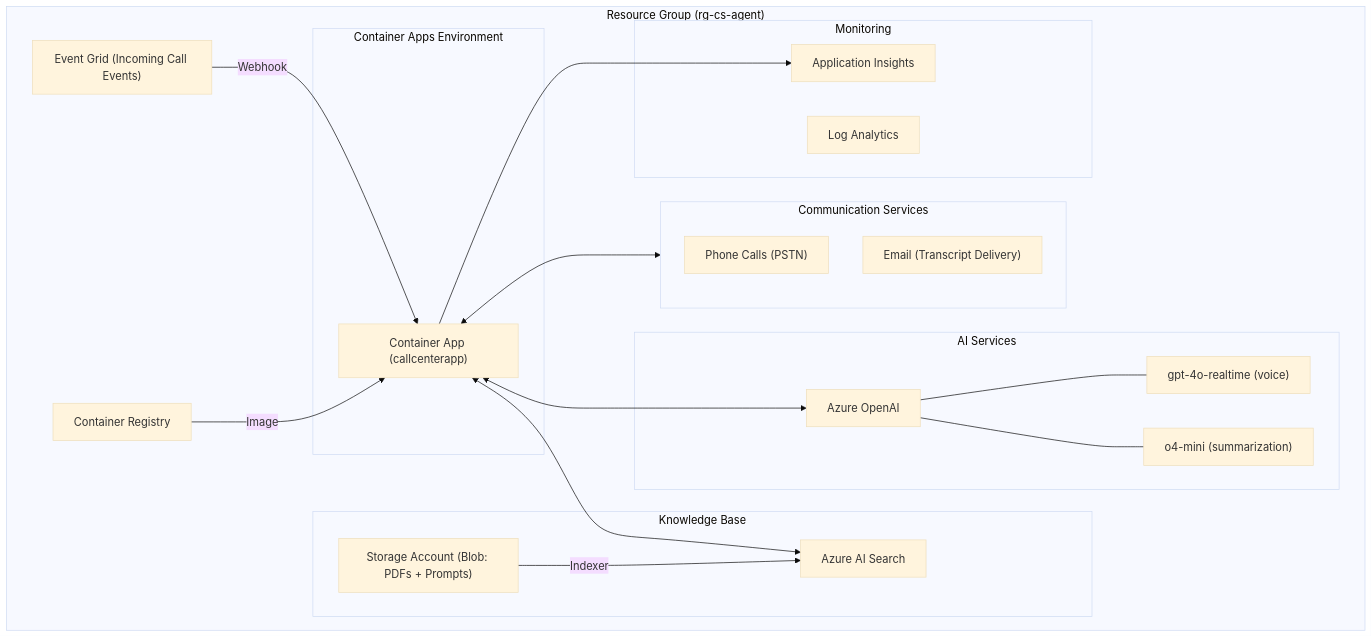
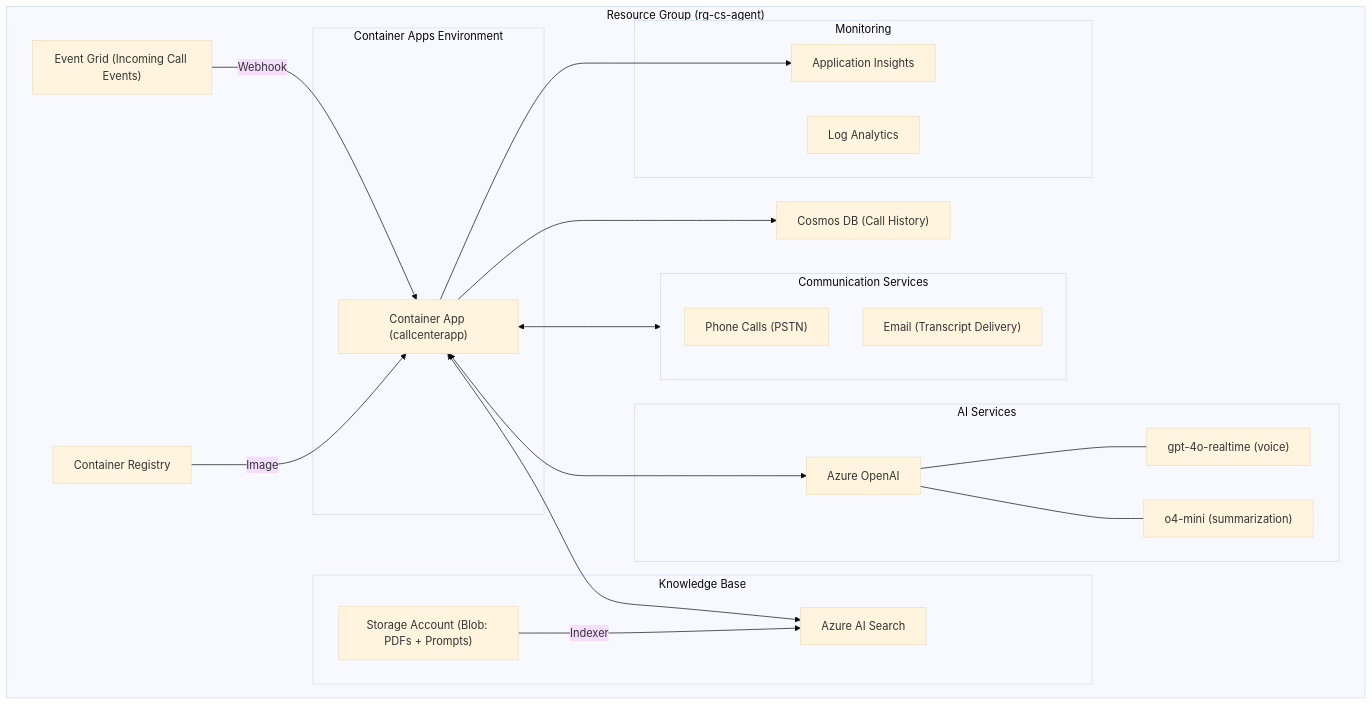
One commit to kylelee24/customer-support-agent changed the first of 3 diagrams in docs/ARCHITECTURE.md. Above: the diagram before and after it, drawn with Mermaid (base theme). The commit also changed other lines of this file and 5 other files, not shown here.

Commit message:
docs: update docs for Cosmos DB call logging feature

````diff
--- a/docs/ARCHITECTURE.md
+++ b/docs/ARCHITECTURE.md
@@ -5,42 +5,45 @@
 ```mermaid
 graph TD
     subgraph RG["Resource Group (rg-cs-agent)"]
         subgraph CAE["Container Apps Environment"]
             CA["Container App (callcenterapp)"]
         end
 
         ACR["Container Registry"] -->|Image| CA
 
         subgraph AI["AI Services"]
             OpenAI["Azure OpenAI"]
             Realtime["gpt-4o-realtime (voice)"]
             Mini["o4-mini (summarization)"]
             OpenAI --- Realtime
             OpenAI --- Mini
         end
 
         subgraph ACS["Communication Services"]
             Voice["Phone Calls (PSTN)"]
             EmailSvc["Email (Transcript Delivery)"]
         end
 
         subgraph Search["Knowledge Base"]
             AISearch["Azure AI Search"]
             Storage["Storage Account (Blob: PDFs + Prompts)"]
             Storage -->|Indexer| AISearch
         end
 
         EventGrid["Event Grid (Incoming Call Events)"]
 
+        CosmosDB["Cosmos DB (Call History)"]
+
         subgraph Monitor["Monitoring"]
             AppInsights["Application Insights"]
             LogAnalytics["Log Analytics"]
         end
     end
 
     CA <--> OpenAI
     CA <--> ACS
     CA <--> AISearch
+    CA --> CosmosDB
     EventGrid -->|Webhook| CA
     CA --> AppInsights
 ```
````
